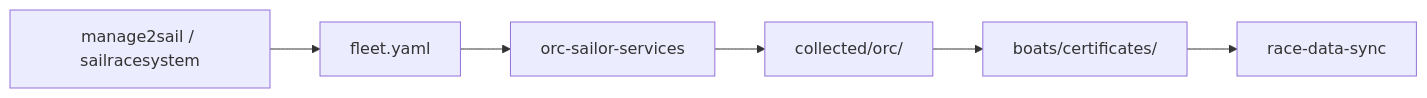
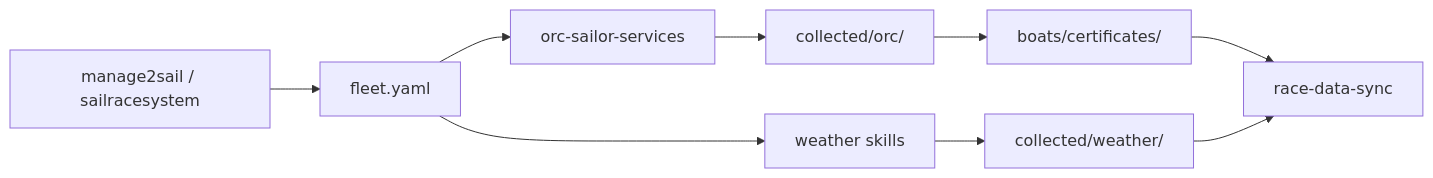
The second of 2 diagrams in docs/ARCHITECTURE.md (cognite-fholm/AI-sailing-system), drawn with Mermaid before and after one commit. The commit also changed other lines of this file and 3 other files, not shown here.

````diff
--- a/docs/ARCHITECTURE.md
+++ b/docs/ARCHITECTURE.md
@@ -137,12 +138,16 @@
 ```mermaid
 flowchart LR
   M2S[manage2sail / sailracesystem]
   FLEET[fleet.yaml]
   ORC[orc-sailor-services]
+  WX[weather skills]
   IDX[collected/orc/]
+  WIDX[collected/weather/]
   BOATS[boats/certificates/]
   SYNC[race-data-sync]
 
   M2S --> FLEET --> ORC --> IDX --> BOATS
+  FLEET --> WX --> WIDX
   BOATS --> SYNC
+  WIDX --> SYNC
 ```
````
